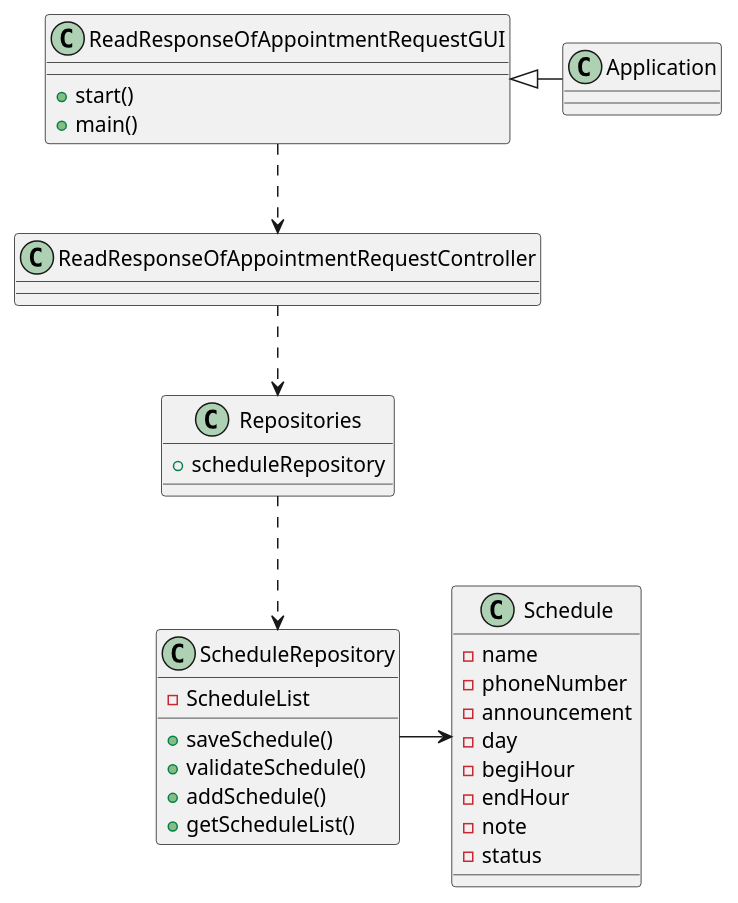
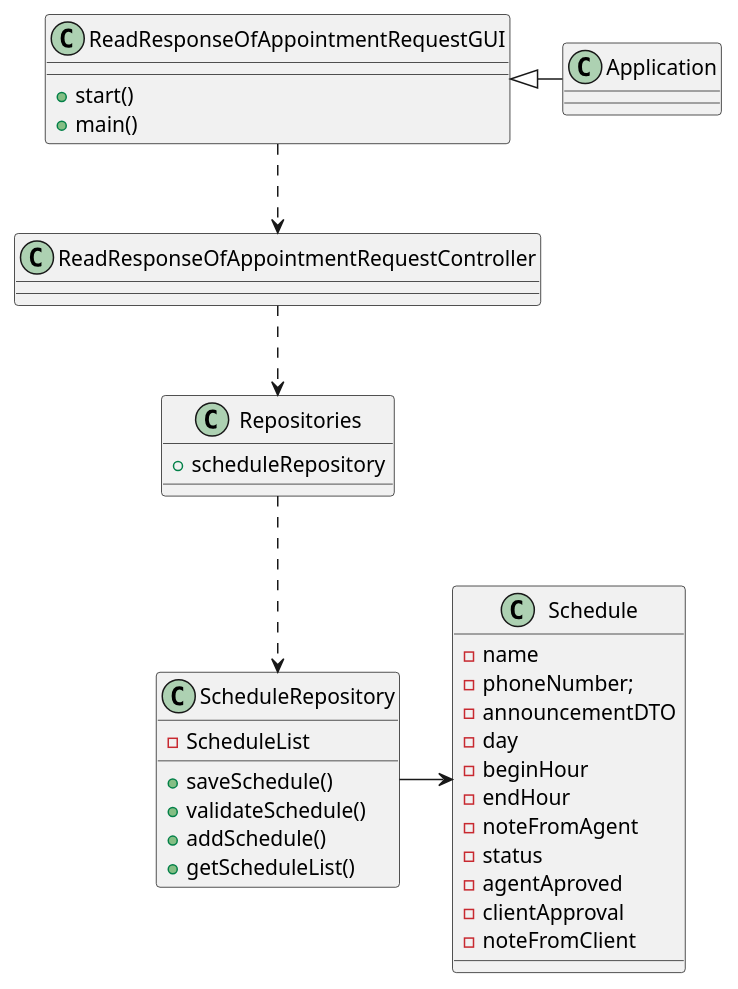
One commit to tiagohcorreia/LAPR2 changed the diagram in docs/sprintD/US020/03.design/puml/CD.puml. Above: the diagram before and after it, drawn with PlantUML. The commit also changed 1 other file, not shown here.

Commit message:
[US020] Class diagram updated

```diff
--- a/docs/sprintD/US020/03.design/puml/CD.puml
+++ b/docs/sprintD/US020/03.design/puml/CD.puml
@@ -1,48 +1,51 @@
 @startuml
 
 
 class ReadResponseOfAppointmentRequestGUI {
 
     + start()
     + main()
 }
 
 class ReadResponseOfAppointmentRequestController {
 
 }
 
 class Schedule {
 
     - name
-    - phoneNumber
-    - announcement
+    - phoneNumber;
+    - announcementDTO
     - day
-    - begiHour
+    - beginHour
     - endHour
-    - note
+    - noteFromAgent
     - status
+    - agentAproved
+    - clientApproval
+    - noteFromClient
 }
 
 class Repositories {
 
     + scheduleRepository
 }
 
 class ScheduleRepository {
 
     - ScheduleList
     + saveSchedule()
     + validateSchedule()
     + addSchedule()
     + getScheduleList()
 }
 
 
 ReadResponseOfAppointmentRequestGUI ..> ReadResponseOfAppointmentRequestController
 ReadResponseOfAppointmentRequestController ..> Repositories
 Repositories ..> ScheduleRepository
 ScheduleRepository -right-> Schedule
 Application -left-|> ReadResponseOfAppointmentRequestGUI
 
 
 @enduml
```
